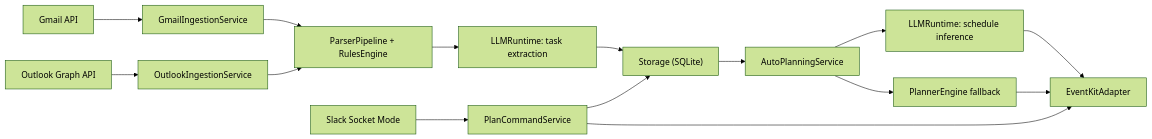
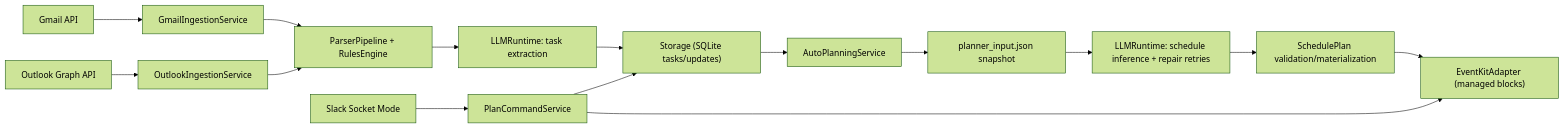
Before and after one commit to DevDesai444/SenseAssist: the diagram in README.md, drawn with Mermaid (forest theme). The commit also changed other lines of this file, not shown here.

````diff
--- a/README.md
+++ b/README.md
@@ -44,17 +49,17 @@
 ```mermaid
 flowchart LR
     A["Gmail API"] --> B["GmailIngestionService"]
     C["Outlook Graph API"] --> D["OutlookIngestionService"]
     B --> E["ParserPipeline + RulesEngine"]
     D --> E
     E --> F["LLMRuntime: task extraction"]
-    F --> G["Storage (SQLite)"]
+    F --> G["Storage (SQLite tasks/updates)"]
     G --> H["AutoPlanningService"]
-    H --> I["LLMRuntime: schedule inference"]
-    H --> J["PlannerEngine fallback"]
-    I --> K["EventKitAdapter"]
-    J --> K
-    L["Slack Socket Mode"] --> M["PlanCommandService"]
-    M --> K
-    M --> G
+    H --> I["planner_input.json snapshot"]
+    I --> J["LLMRuntime: schedule inference + repair retries"]
+    J --> K["SchedulePlan validation/materialization"]
+    K --> L["EventKitAdapter (managed blocks)"]
+    M["Slack Socket Mode"] --> N["PlanCommandService"]
+    N --> L
+    N --> G
 ```
````
